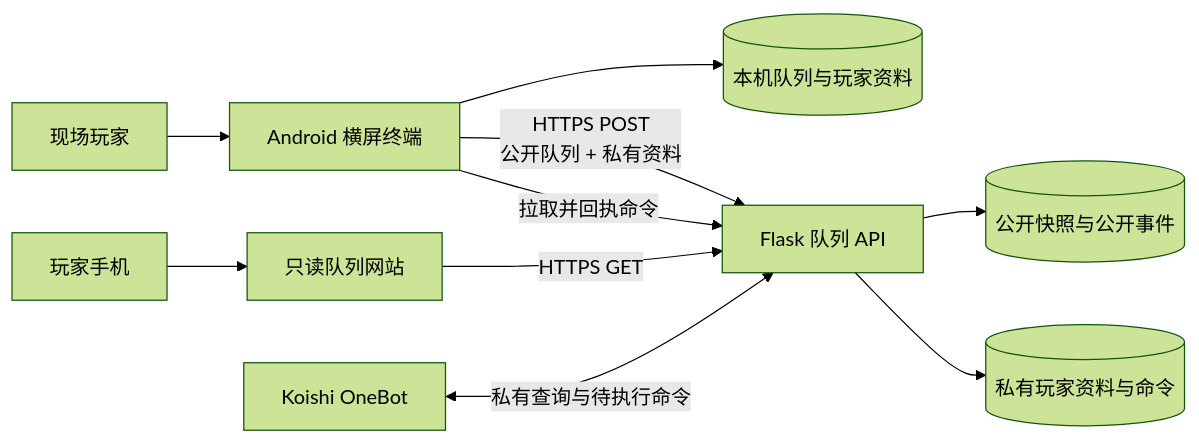
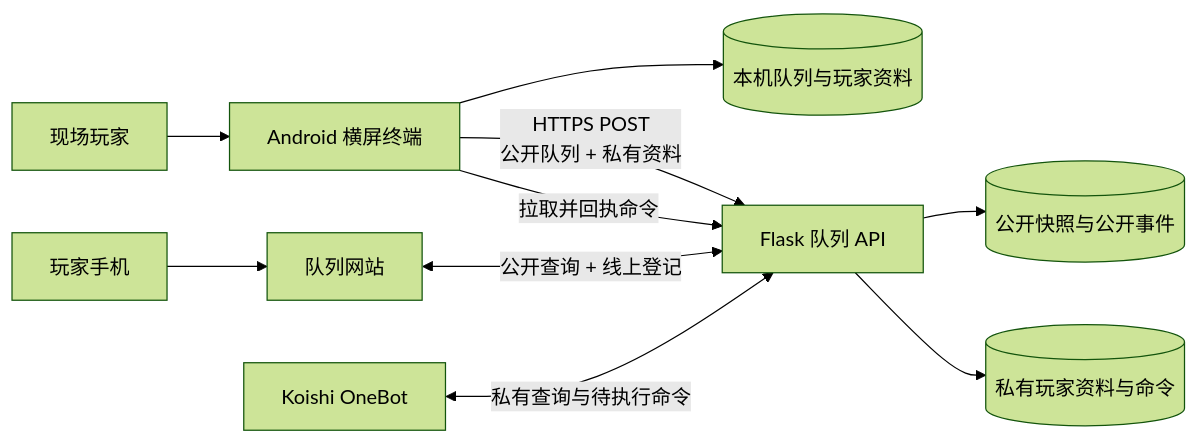
Before and after one commit to tsuba-abcccc/maimai-queue-terminal: the diagram in README.md, drawn with Mermaid (forest theme). The commit also changed other lines of this file and 24 other files, not shown here.

````diff
--- a/README.md
+++ b/README.md
@@ -113,12 +115,12 @@
 ```mermaid
 flowchart LR
     Player[现场玩家] --> Terminal[Android 横屏终端]
     Terminal --> Local[(本机队列与玩家资料)]
     Terminal -->|HTTPS POST<br/>公开队列 + 私有资料| API[Flask 队列 API]
     API --> PublicDB[(公开快照与公开事件)]
     API --> PrivateDB[(私有玩家资料与命令)]
-    Web[只读队列网站] -->|HTTPS GET| API
+    Web[队列网站] <-->|公开查询 + 线上登记| API
     Viewer[玩家手机] --> Web
     Bot[Koishi OneBot] <-->|私有查询与待执行命令| API
     Terminal -->|拉取并回执命令| API
 ```
````
